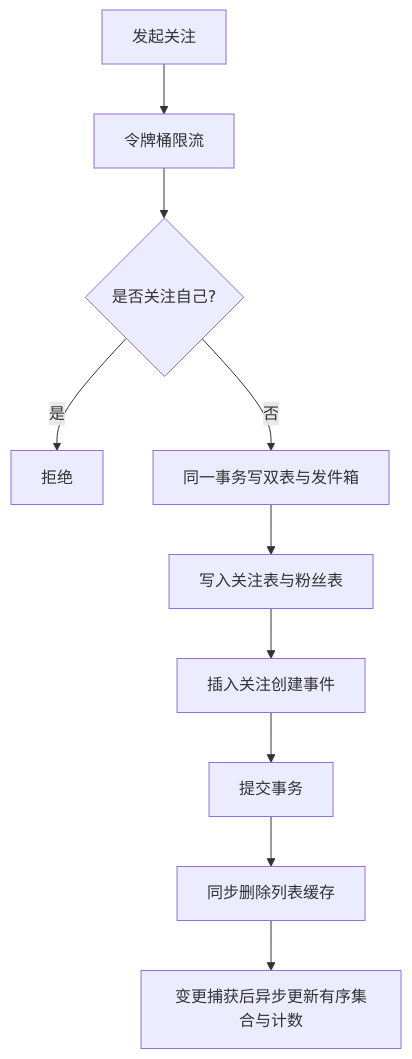
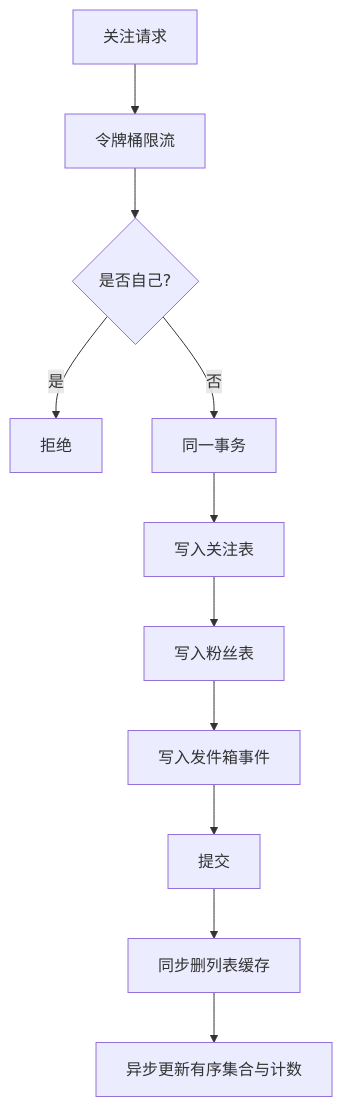
One commit to bitladykiller/zhiguang_go changed the first of 4 diagrams in docs/modules/06-关注关系与Feed扩散模块.md. Above: the diagram before and after it, drawn with Mermaid. The commit also changed other lines of this file and 13 other files, not shown here.

````diff
--- a/docs/modules/06-关注关系与Feed扩散模块.md
+++ b/docs/modules/06-关注关系与Feed扩散模块.md
@@ -489,12 +46,13 @@
 ```mermaid
 flowchart TD
-    A[发起关注] --> B[令牌桶限流]
-    B --> C{是否关注自己?}
+    A[关注请求] --> B[令牌桶限流]
+    B --> C{是否自己?}
     C -->|是| D[拒绝]
-    C -->|否| E[同一事务写双表与发件箱]
-    E --> F[写入关注表与粉丝表]
-    F --> G[插入关注创建事件]
-    G --> H[提交事务]
-    H --> I[同步删除列表缓存]
-    I --> J[变更捕获后异步更新有序集合与计数]
+    C -->|否| E[同一事务]
+    E --> F[写入关注表]
+    F --> G[写入粉丝表]
+    G --> H[写入发件箱事件]
+    H --> I[提交]
+    I --> J[同步删列表缓存]
+    J --> K[异步更新有序集合与计数]
 ```
````
